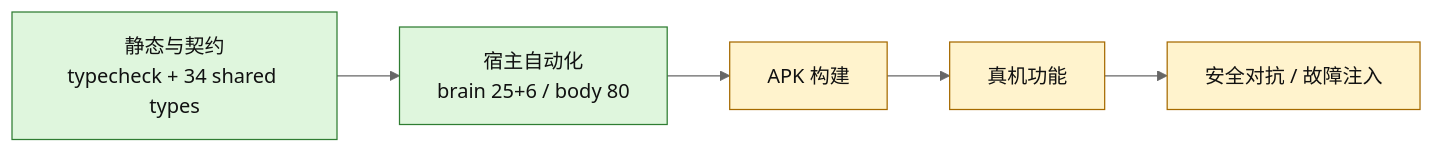
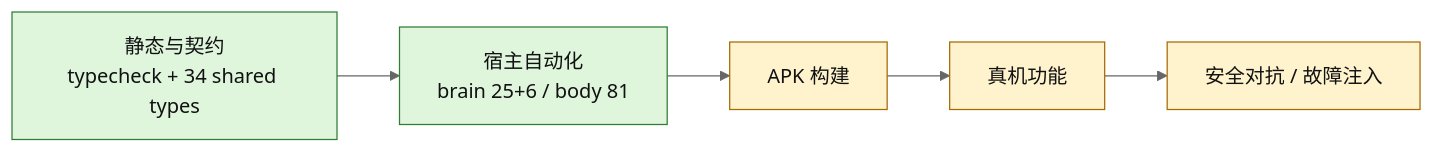
Before and after one commit to taomic2035/SuperAgent-Android: the diagram in docs/08-非功能需求与验收测试计划.md, drawn with Mermaid (neutral theme). The commit also changed other lines of this file and 11 other files, not shown here.

First line of the commit message:
chore: finalize architecture audit and state safety

````diff
--- a/docs/08-非功能需求与验收测试计划.md
+++ b/docs/08-非功能需求与验收测试计划.md
@@ -9,12 +9,12 @@
 ```mermaid
 flowchart LR
-    Static[静态与契约<br/>typecheck + 34 shared types] --> Host[宿主自动化<br/>brain 25+6 / body 80]
+    Static[静态与契约<br/>typecheck + 34 shared types] --> Host[宿主自动化<br/>brain 25+6 / body 81]
     Host --> Build[APK 构建]
     Build --> Device[真机功能]
     Device --> Adversarial[安全对抗 / 故障注入]
 
     classDef pass fill:#dff6dd,stroke:#2f7d32,color:#111;
     classDef partial fill:#fff3cd,stroke:#a66a00,color:#111;
     class Static,Host pass;
     class Build,Device,Adversarial partial;
 ```
````
